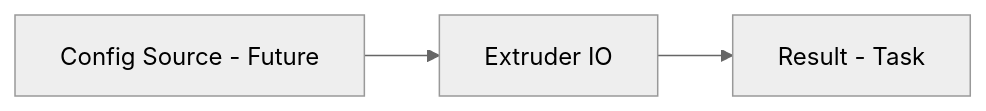
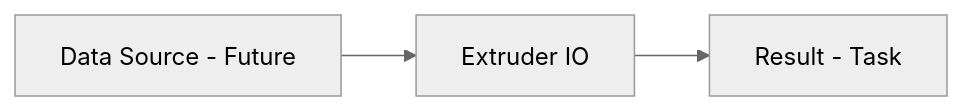
One commit to janstenpickle/extruder changed the diagram in docs/src/main/tut/concepts.md. Above: the diagram before and after it, drawn with Mermaid (neutral theme). The commit also changed other lines of this file and 48 other files, not shown here.

```diff
--- a/docs/src/main/tut/concepts.md
+++ b/docs/src/main/tut/concepts.md
@@ -25,5 +25,5 @@
 <div class="mermaid">
 graph LR;
-    S[Config Source - Future]-->E[Extruder - IO];
+    S[Data Source - Future]-->E[Extruder - IO];
     E[Extruder IO]-->R[Result - Task];
 </div>
```
